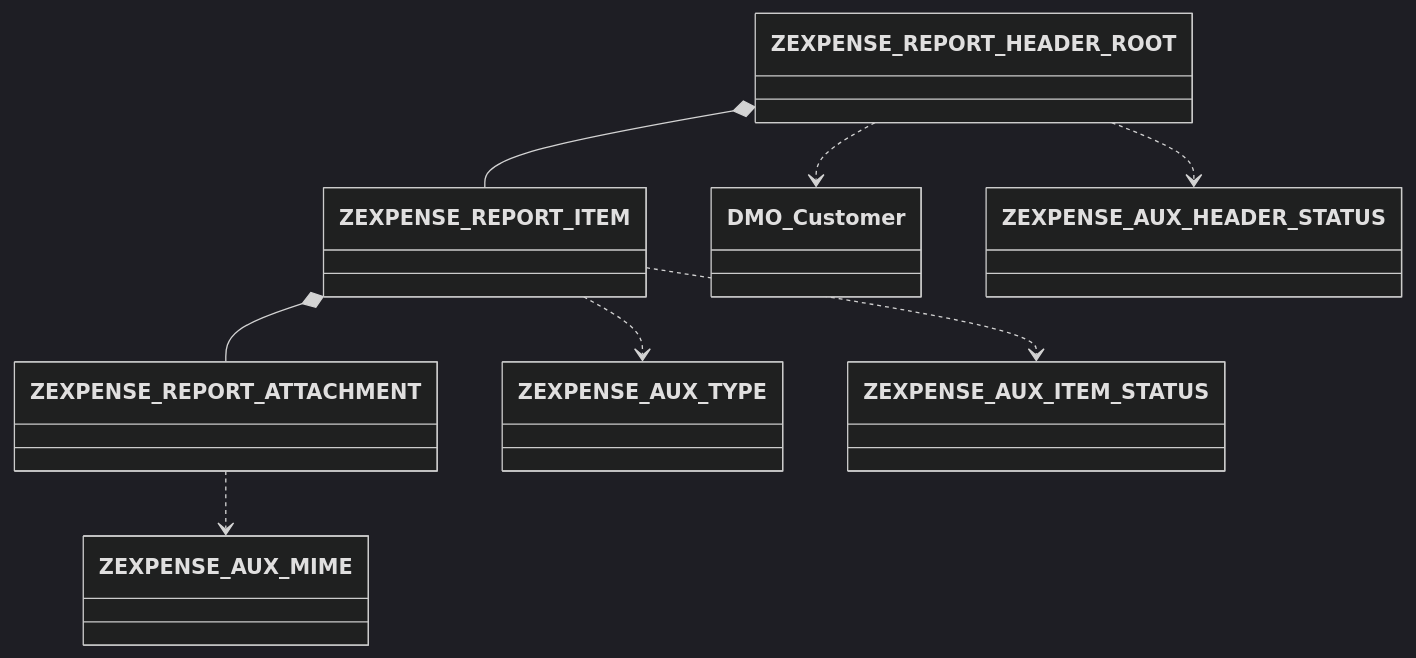
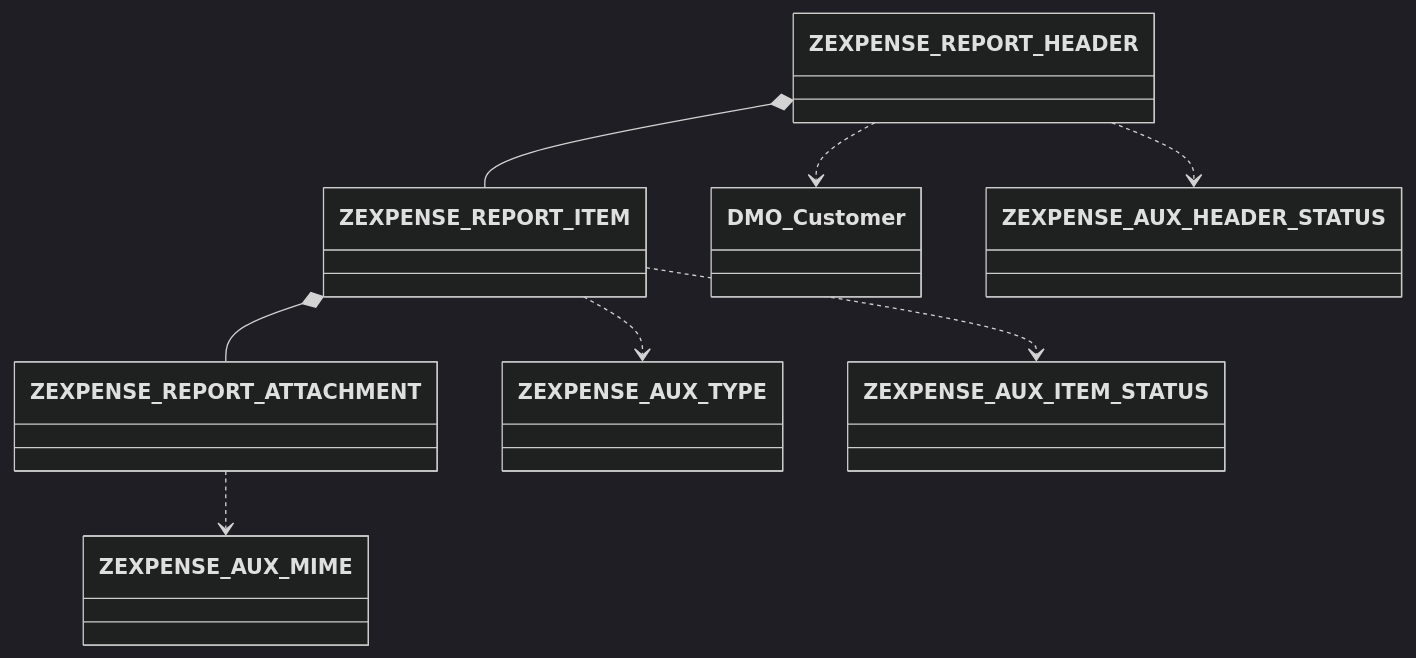
The diagram in BTP ejercicios/14. EXPENSE APP/README.md (robergit88/RAP), drawn with Mermaid (dark theme) before and after one commit.

Commit message:
Expense App

````diff
--- a/BTP ejercicios/14. EXPENSE APP/README.md
+++ b/BTP ejercicios/14. EXPENSE APP/README.md
@@ -31,11 +31,11 @@
 ```mermaid
 classDiagram
-    ZEXPENSE_REPORT_HEADER_ROOT *-- ZEXPENSE_REPORT_ITEM
+    ZEXPENSE_REPORT_HEADER *-- ZEXPENSE_REPORT_ITEM
     ZEXPENSE_REPORT_ITEM *-- ZEXPENSE_REPORT_ATTACHMENT
 
-    ZEXPENSE_REPORT_HEADER_ROOT ..> DMO_Customer
-    ZEXPENSE_REPORT_HEADER_ROOT ..> ZEXPENSE_AUX_HEADER_STATUS
+    ZEXPENSE_REPORT_HEADER ..> DMO_Customer
+    ZEXPENSE_REPORT_HEADER ..> ZEXPENSE_AUX_HEADER_STATUS
     ZEXPENSE_REPORT_ITEM ..> ZEXPENSE_AUX_TYPE
     ZEXPENSE_REPORT_ITEM ..> ZEXPENSE_AUX_ITEM_STATUS
     ZEXPENSE_REPORT_ATTACHMENT ..> ZEXPENSE_AUX_MIME
 ```
````
